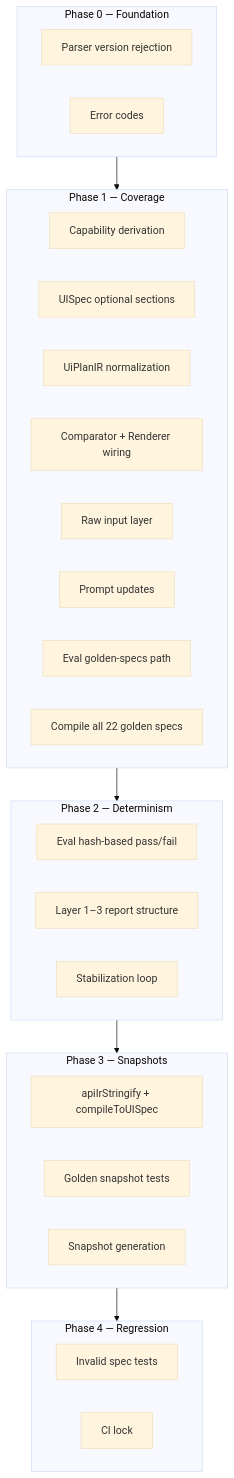
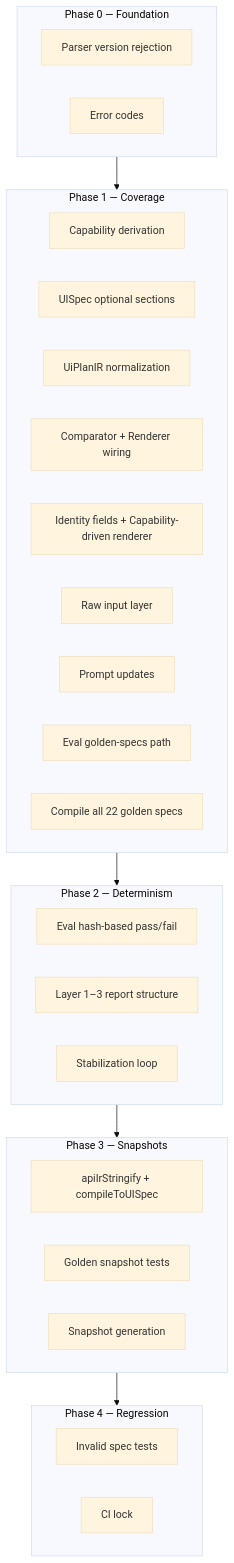
One commit to staskurg/rapid-ui changed the diagram in .cursor/plans/mvp_v3_implementation_blueprint_1a19ea9d.plan.md. Above: the diagram before and after it, drawn with Mermaid (base theme). The commit also changed other lines of this file and 535 other files, not shown here.

First line of the commit message:
docs: add identity fields & capability-driven renderer plan; update MVP v3 blueprint

````diff
--- a/.cursor/plans/mvp_v3_implementation_blueprint_1a19ea9d.plan.md
+++ b/.cursor/plans/mvp_v3_implementation_blueprint_1a19ea9d.plan.md
@@ -77,37 +80,38 @@
 ```mermaid
 flowchart TB
     subgraph Phase0 [Phase 0 — Foundation]
         P0A[Parser version rejection]
         P0B[Error codes]
     end
 
     subgraph Phase1 [Phase 1 — Coverage]
         P1A[Capability derivation]
         P1B[UISpec optional sections]
         P1C[UiPlanIR normalization]
         P1D[Comparator + Renderer wiring]
+        P1D5[Identity fields + Capability-driven renderer]
         P1E[Raw input layer]
         P1F[Prompt updates]
         P1G[Eval golden-specs path]
         P1H[Compile all 22 golden specs]
     end
 
     subgraph Phase2 [Phase 2 — Determinism]
         P2A[Eval hash-based pass/fail]
         P2B[Layer 1–3 report structure]
         P2C[Stabilization loop]
     end
 
     subgraph Phase3 [Phase 3 — Snapshots]
         P3A[apiIrStringify + compileToUISpec]
         P3B[Golden snapshot tests]
         P3C[Snapshot generation]
     end
 
     subgraph Phase4 [Phase 4 — Regression]
         P4A[Invalid spec tests]
         P4B[CI lock]
     end
 
     Phase0 --> Phase1 --> Phase2 --> Phase3 --> Phase4
 ```
````
